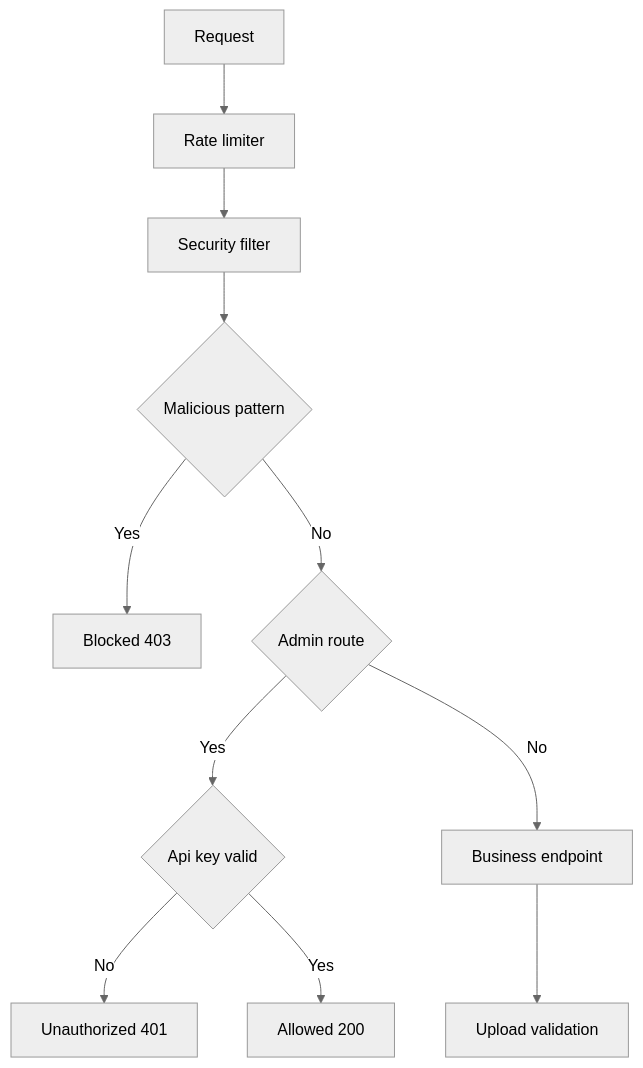
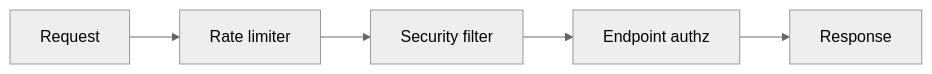
Before and after one commit to lthobois/sdne: the diagram in 07/README.md, drawn with Mermaid (neutral theme). The commit also changed other lines of this file and 11 other files, not shown here.

````diff
--- a/07/README.md
+++ b/07/README.md
@@ -109,13 +121,7 @@
 ```mermaid
-graph TD
-  N1[Request] --> N2[Rate limiter]
-  N2 --> N3[Security filter]
-  N3 --> N4{Malicious pattern}
-  N4 -- Yes --> N5[Blocked 403]
-  N4 -- No --> N6{Admin route}
-  N6 -- Yes --> N7{Api key valid}
-  N7 -- No --> N8[Unauthorized 401]
-  N7 -- Yes --> N9[Allowed 200]
-  N6 -- No --> N10[Business endpoint]
-  N10 --> N11[Upload validation]
+flowchart LR
+    A[Request] --> B[Rate limiter]
+    B --> C[Security filter]
+    C --> D[Endpoint authz]
+    D --> E[Response]
 ```
````
